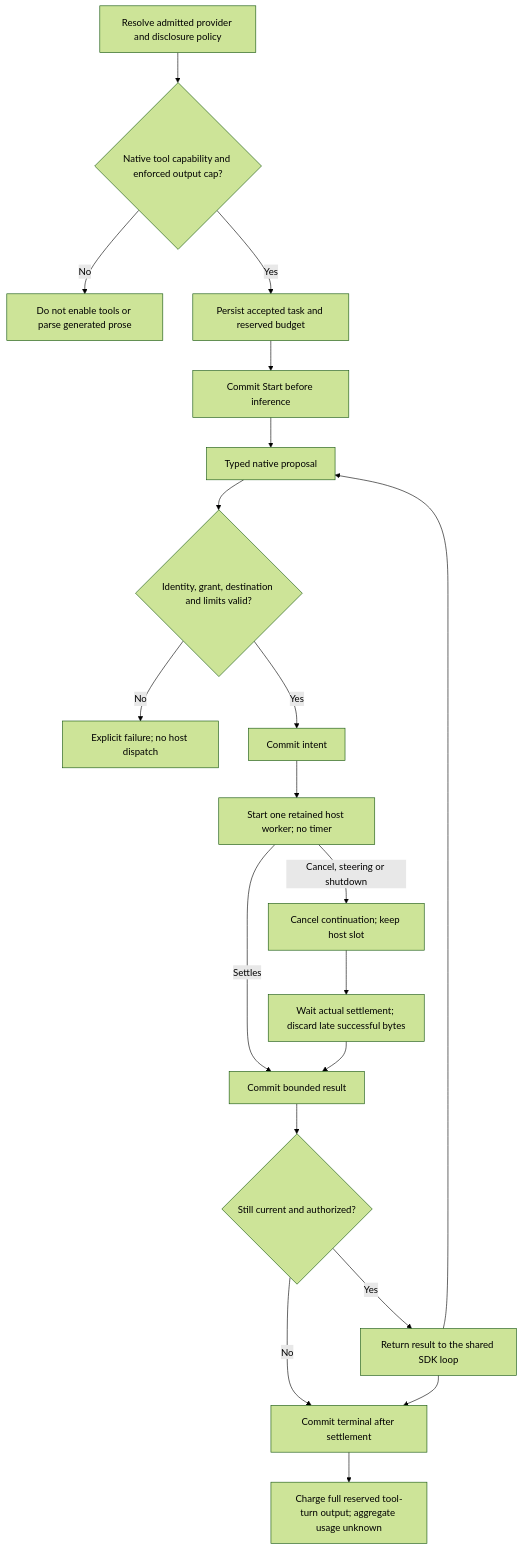
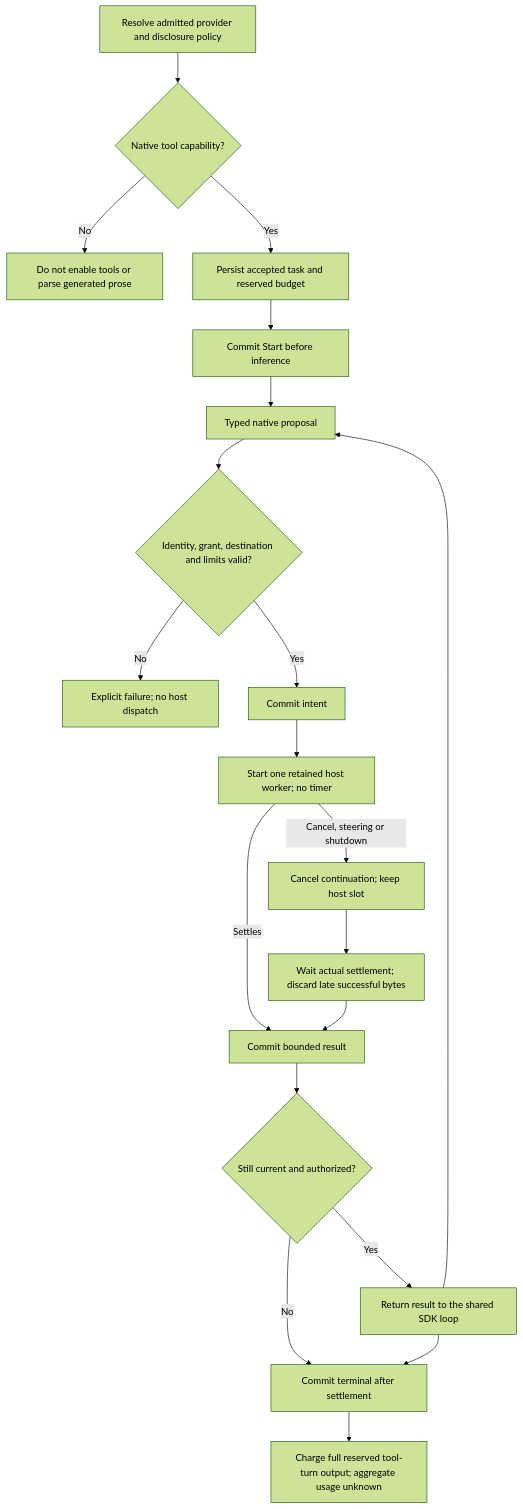
Before and after one commit to pidster/asura: the fifth of 9 diagrams in docs/designs/model-tool-execution.md, drawn with Mermaid (forest theme). The commit also changed other lines of this file and 41 other files, not shown here.

````diff
--- a/docs/designs/model-tool-execution.md
+++ b/docs/designs/model-tool-execution.md
@@ -432,22 +435,22 @@
 ```mermaid
 flowchart TD
-    Select[Resolve admitted provider and disclosure policy] --> Cap{Native tool capability and enforced output cap?}
+    Select[Resolve admitted provider and disclosure policy] --> Cap{Native tool capability?}
     Cap -->|No| Unavailable[Do not enable tools or parse generated prose]
     Cap -->|Yes| Accept[Persist accepted task and reserved budget]
     Accept --> Start[Commit Start before inference]
     Start --> Call[Typed native proposal]
     Call --> Validate{Identity, grant, destination and limits valid?}
     Validate -->|No| Fault[Explicit failure; no host dispatch]
     Validate -->|Yes| Intent[Commit intent]
     Intent --> Host[Start one retained host worker; no timer]
     Host -->|Cancel, steering or shutdown| Fence[Cancel continuation; keep host slot]
     Host -->|Settles| Result[Commit bounded result]
     Fence --> Late[Wait actual settlement; discard late successful bytes]
     Late --> Result
     Result --> Continue{Still current and authorized?}
     Continue -->|Yes| SDK[Return result to the shared SDK loop]
     Continue -->|No| End[Commit terminal after settlement]
     SDK --> Call
     SDK --> End
     End --> Charge[Charge full reserved tool-turn output; aggregate usage unknown]
 ```
````
